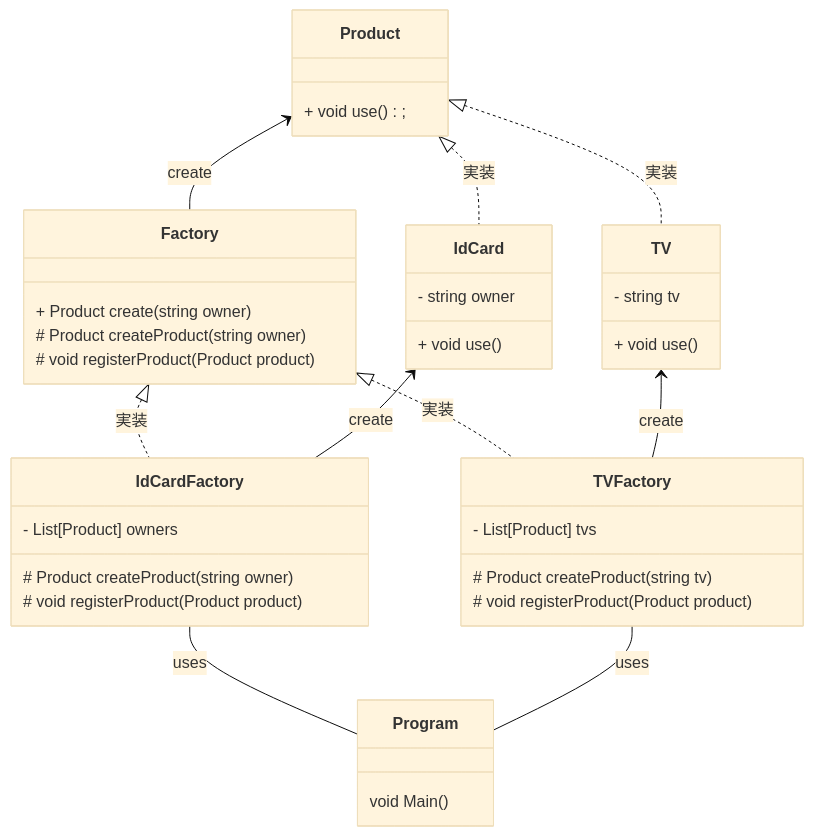
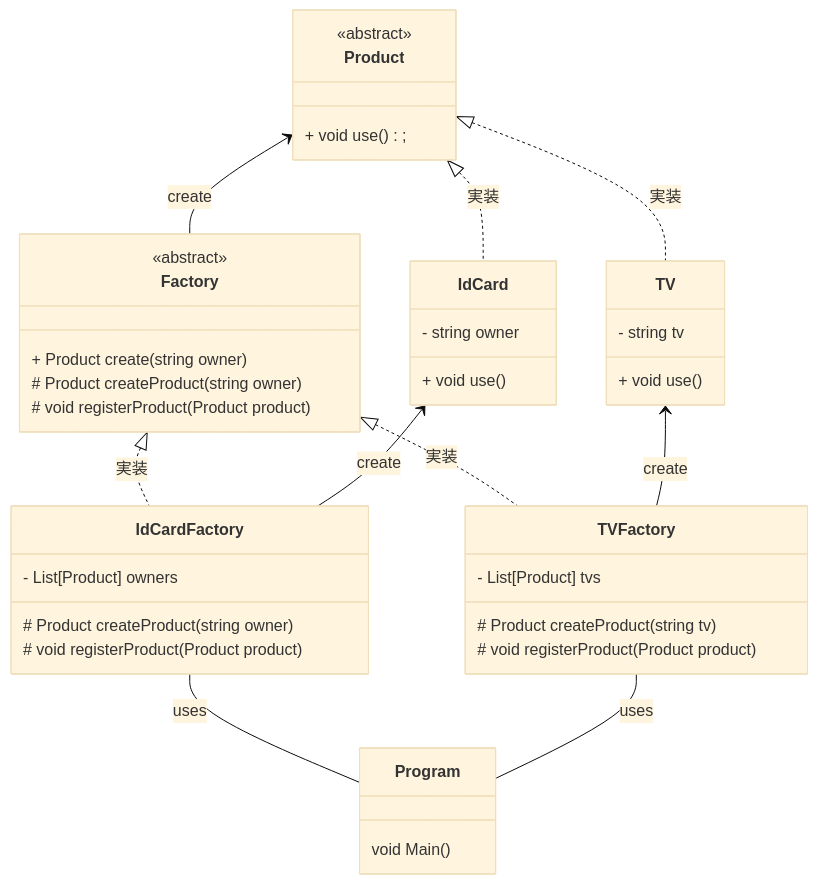
Before and after one commit to 0123takaokeita/design_patterns: the diagram in FactoryMethod/ClassDiagram.md, drawn with Mermaid (base theme).

Commit message:
docs: abstractの修飾を追加

````diff
--- a/FactoryMethod/ClassDiagram.md
+++ b/FactoryMethod/ClassDiagram.md
@@ -23,47 +23,49 @@
 ```mermaid
 classDiagram
     Factory       <|.. TVFactory     : 実装
     Factory       <|.. IdCardFactory : 実装
     Product       <|.. IdCard        : 実装
     Product       <--  Factory       : create
     Product       <|.. TV            : 実装
     IdCard        <--  IdCardFactory : create
     IdCardFactory --   Program       : uses
     TV            <--  TVFactory     : create
     TVFactory     --   Program       : uses
 
     class Factory {
+        <<abstract>>
         + Product create(string owner)
         # Product createProduct(string owner)
         # void registerProduct(Product product)
     }
 
     class IdCardFactory {
         - List[Product] owners
         # Product createProduct(string owner)
         # void registerProduct(Product product)
     }
 
     class Product {
+        <<abstract>>
         + void use();
     }
 
     class IdCard {
         - string owner
         + void use()
     }
 
     class Program {
         void Main()
     }
 
     class TVFactory {
         - List[Product] tvs
         # Product createProduct(string tv)
         # void registerProduct(Product product)
     }
     class TV {
         - string tv
         + void use()
     }
 ```
````
